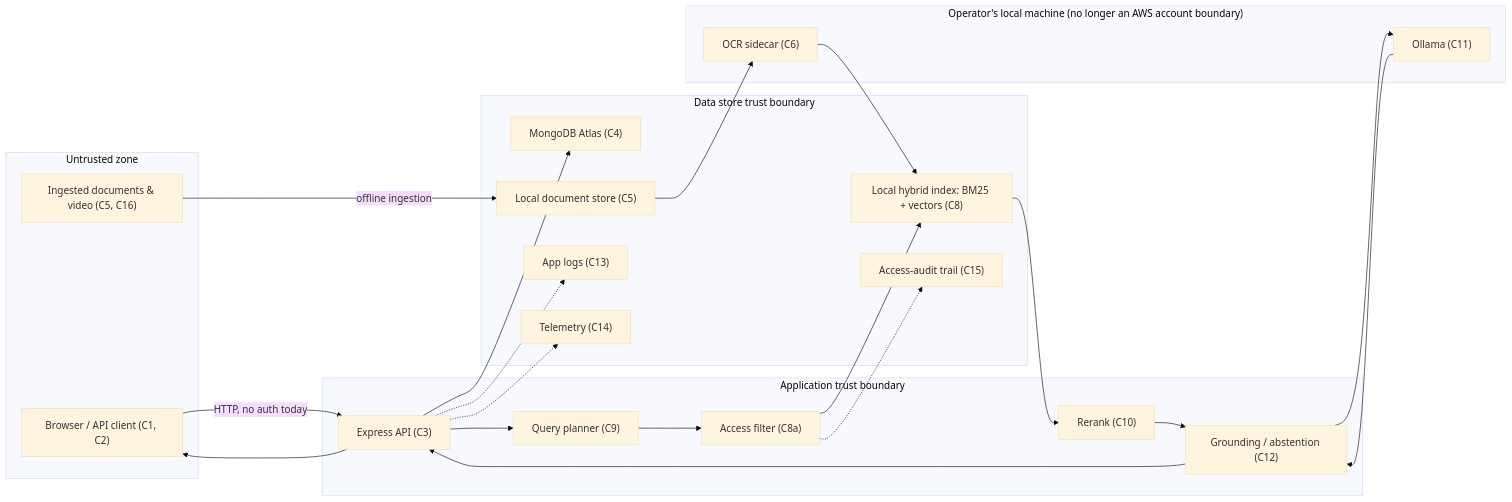
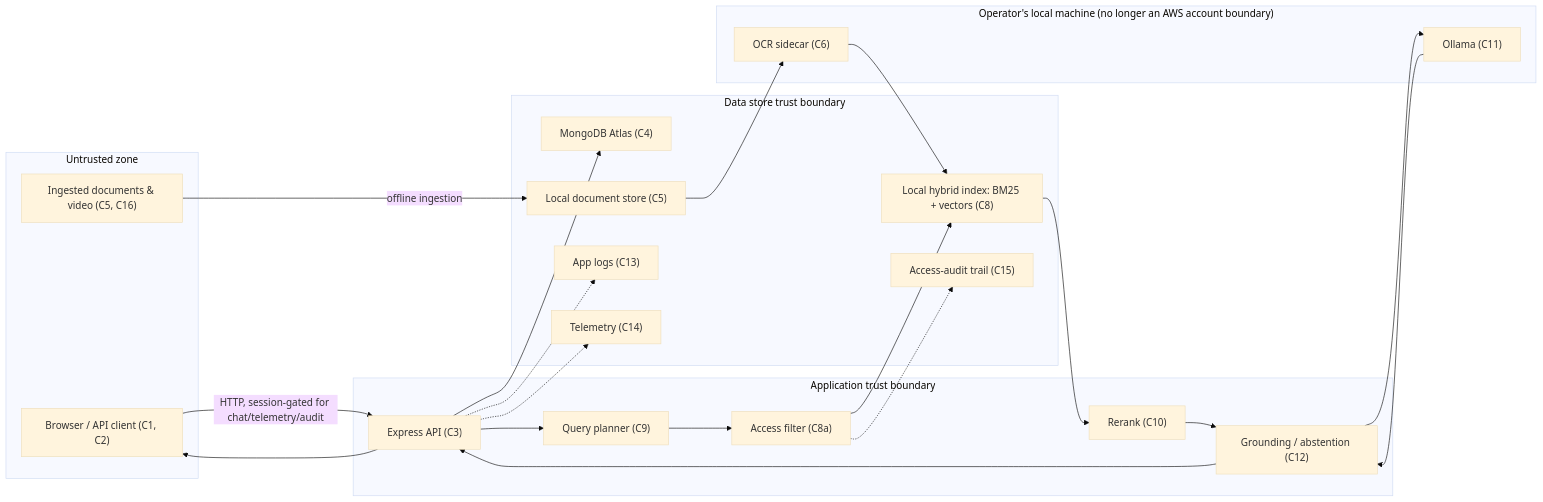
One commit to bestboylaco/tennis-explore-v2 changed the diagram in docs/data-threat-model-and-classification.md. Above: the diagram before and after it, drawn with Mermaid (base theme). The commit also changed other lines of this file, not shown here.

First line of the commit message:
Update threat model to v0.3: real auth landed, T-03 mitigated

````diff
--- a/docs/data-threat-model-and-classification.md
+++ b/docs/data-threat-model-and-classification.md
@@ -67,47 +69,47 @@
 ```mermaid
 flowchart LR
     subgraph Untrusted["Untrusted zone"]
         Client["Browser / API client (C1, C2)"]
         Upload["Ingested documents & video (C5, C16)"]
     end
 
     subgraph AppBoundary["Application trust boundary"]
         API["Express API (C3)"]
         Plan["Query planner (C9)"]
         Filter["Access filter (C8a)"]
         Rerank["Rerank (C10)"]
         Guard["Grounding / abstention (C12)"]
     end
 
     subgraph DataBoundary["Data store trust boundary"]
         Mongo["MongoDB Atlas (C4)"]
         Docs["Local document store (C5)"]
         Idx["Local hybrid index: BM25 + vectors (C8)"]
         Logs["App logs (C13)"]
         Tel["Telemetry (C14)"]
         Trail["Access-audit trail (C15)"]
     end
 
     subgraph ModelBoundary["Operator's local machine (no longer an AWS account boundary)"]
         OCR["OCR sidecar (C6)"]
         Ollama["Ollama (C11)"]
     end
 
-    Client -->|HTTP, no auth today| API
+    Client -->|HTTP, session-gated for chat/telemetry/audit| API
     Upload -->|offline ingestion| Docs
     API --> Mongo
     API --> Plan
     Docs --> OCR
     OCR --> Idx
     Plan --> Filter
     Filter --> Idx
     Idx --> Rerank
     Rerank --> Guard
     Guard --> Ollama
     Ollama --> Guard
     Guard --> API
     API --> Client
     API -.-> Logs
     Filter -.-> Trail
     API -.-> Tel
 ```
````
